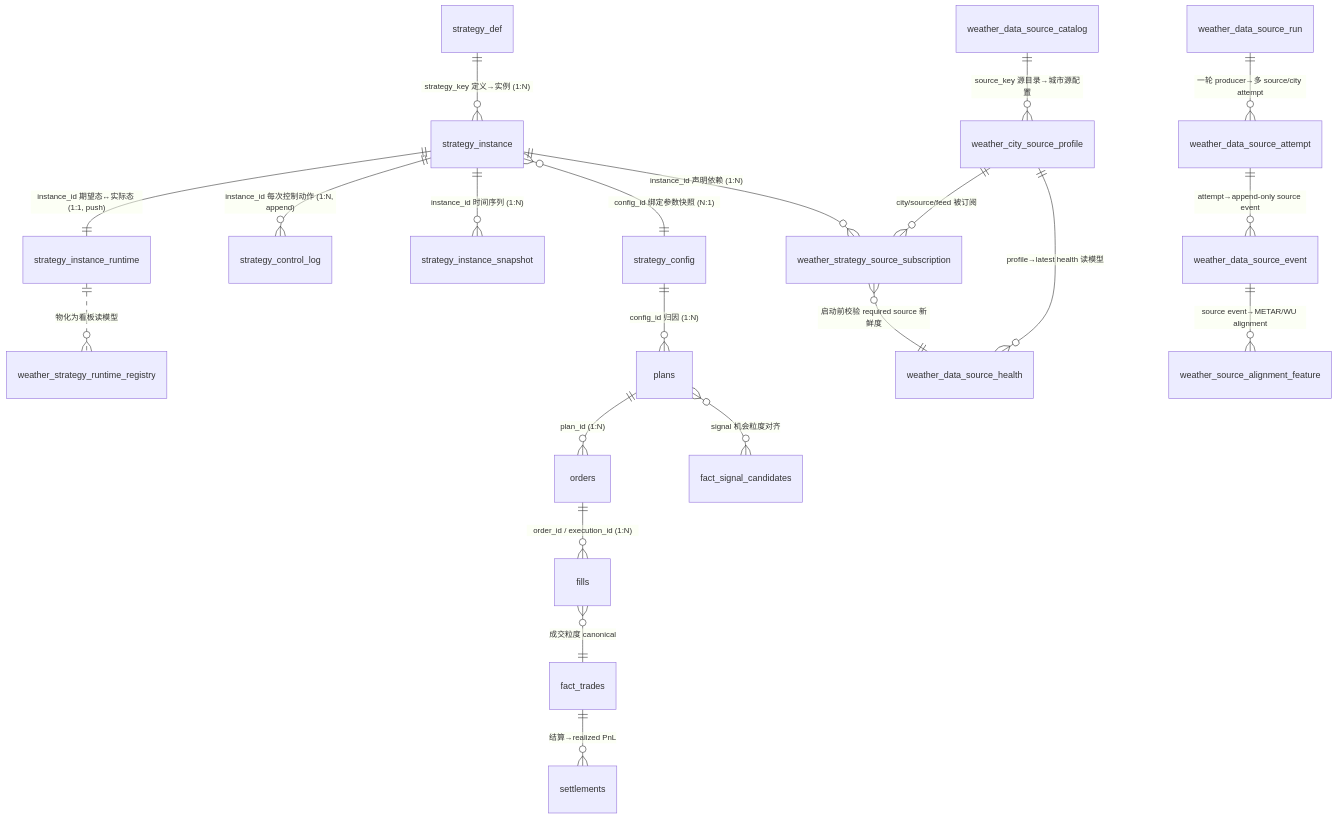
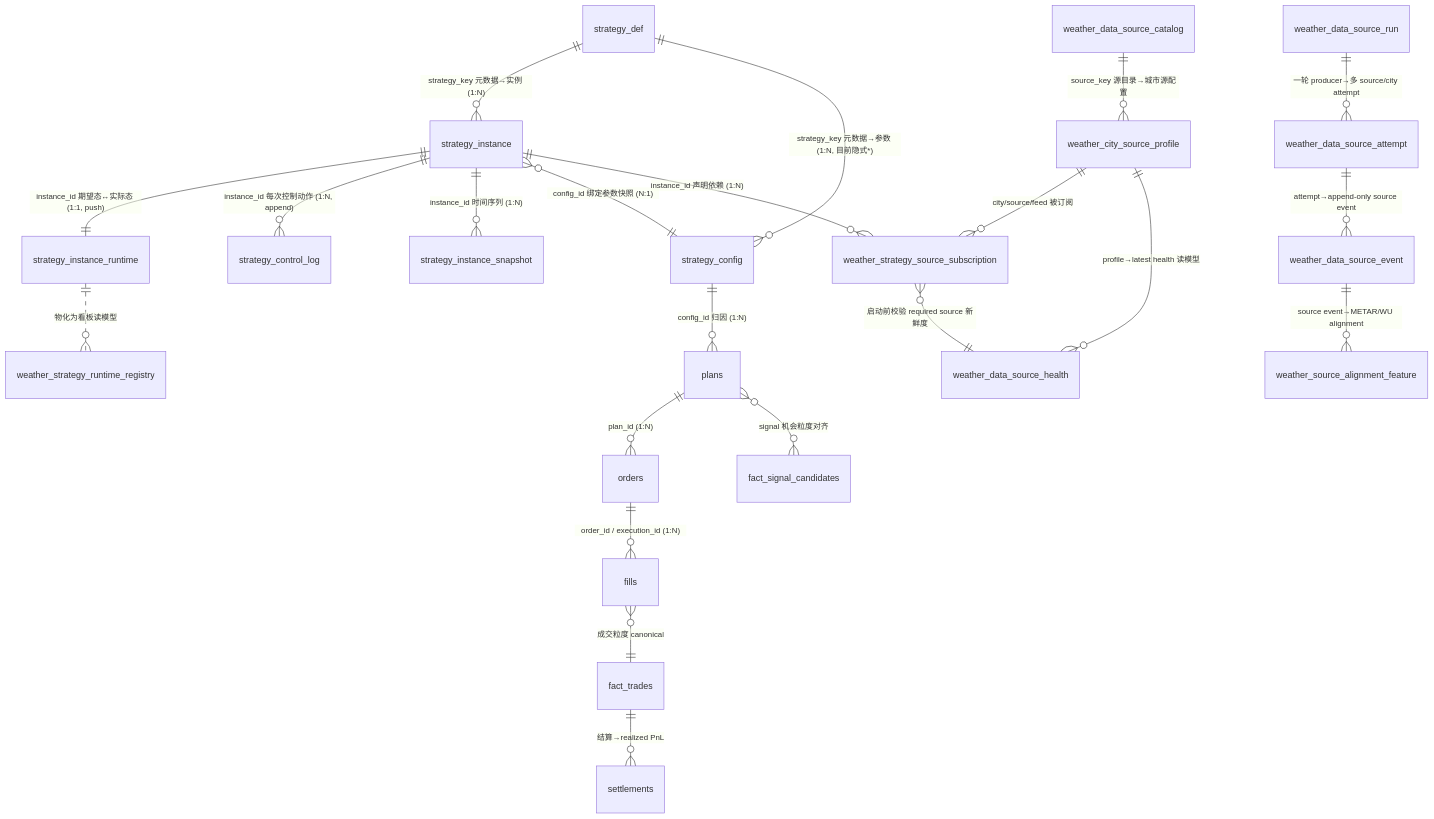
One commit to jiaruihz/pm_agents changed the diagram in docs/WEATHER_STRATEGY_RUNTIME_PLATFORM_DESIGN.md. Above: the diagram before and after it, drawn with Mermaid. The commit also changed other lines of this file, not shown here.

First line of the commit message:
Reconcile design with existing quant lineage: metadata/config/instance relationship

````diff
--- a/docs/WEATHER_STRATEGY_RUNTIME_PLATFORM_DESIGN.md
+++ b/docs/WEATHER_STRATEGY_RUNTIME_PLATFORM_DESIGN.md
@@ -912,28 +925,29 @@
 ```mermaid
 erDiagram
-    %% ── 定义面 ──
-    strategy_def ||--o{ strategy_instance : "strategy_key 定义→实例 (1:N)"
+    %% ── 定义面（元数据）──
+    strategy_def ||--o{ strategy_instance : "strategy_key 元数据→实例 (1:N)"
+    strategy_def ||--o{ strategy_config : "strategy_key 元数据→参数 (1:N, 目前隐式*)"
     %% ── 控制面 / 运行时面 ──
     strategy_instance ||--|| strategy_instance_runtime : "instance_id 期望态↔实际态 (1:1, push)"
     strategy_instance ||--o{ strategy_control_log : "instance_id 每次控制动作 (1:N, append)"
     strategy_instance ||--o{ strategy_instance_snapshot : "instance_id 时间序列 (1:N)"
     %% ── 实例 → 主血缘（attribution 桥）──
     strategy_instance }o--|| strategy_config : "config_id 绑定参数快照 (N:1)"
     strategy_config ||--o{ plans : "config_id 归因 (1:N)"
     plans ||--o{ orders : "plan_id (1:N)"
     orders ||--o{ fills : "order_id / execution_id (1:N)"
     plans }o--o{ fact_signal_candidates : "signal 机会粒度对齐"
     fills }o--|| fact_trades : "成交粒度 canonical"
     fact_trades ||--o{ settlements : "结算→realized PnL"
     %% ── 数据源面 ──
     weather_data_source_catalog ||--o{ weather_city_source_profile : "source_key 源目录→城市源配置"
     strategy_instance ||--o{ weather_strategy_source_subscription : "instance_id 声明依赖 (1:N)"
     weather_city_source_profile ||--o{ weather_strategy_source_subscription : "city/source/feed 被订阅"
     weather_data_source_run ||--o{ weather_data_source_attempt : "一轮 producer→多 source/city attempt"
     weather_data_source_attempt ||--o{ weather_data_source_event : "attempt→append-only source event"
     weather_city_source_profile ||--o{ weather_data_source_health : "profile→latest health 读模型"
     weather_data_source_event ||--o{ weather_source_alignment_feature : "source event→METAR/WU alignment"
     weather_strategy_source_subscription }o--|| weather_data_source_health : "启动前校验 required source 新鲜度"
     %% ── 只读读模型 ──
     strategy_instance_runtime ||..o{ weather_strategy_runtime_registry : "物化为看板读模型"
 ```
````
